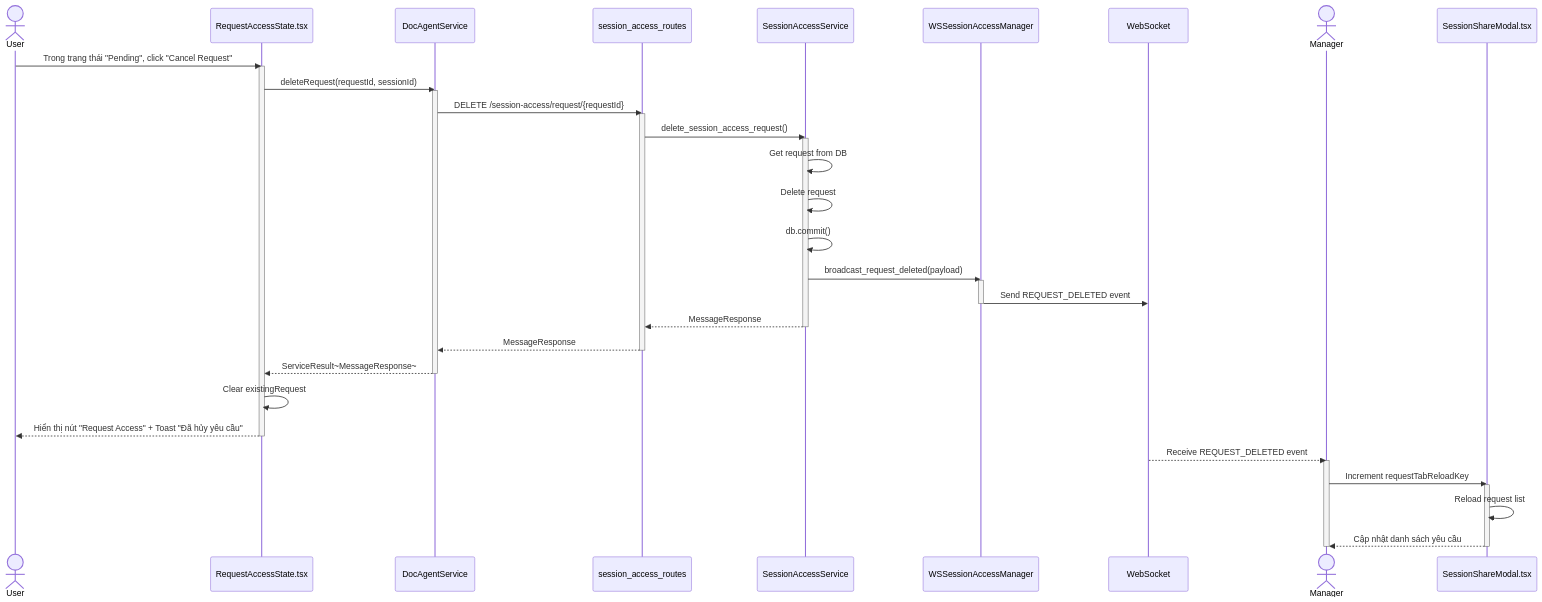
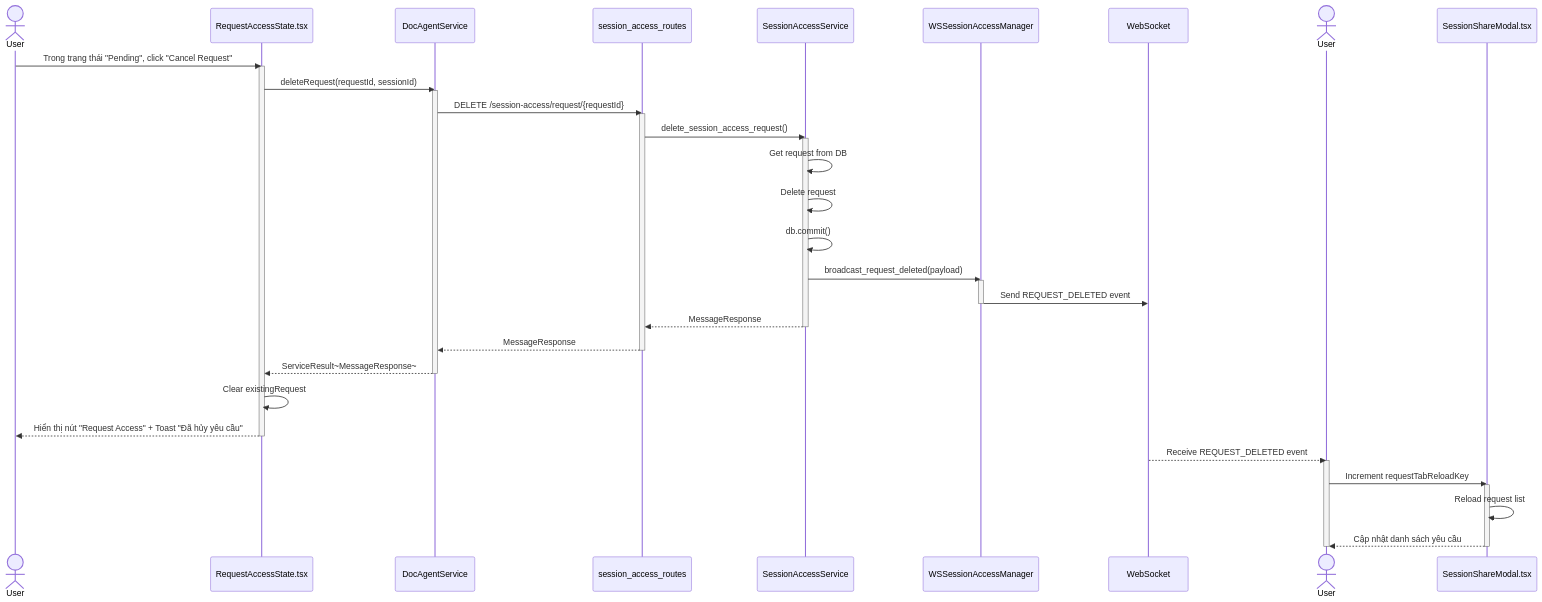
The seventh of 9 diagrams in session_access/4_session_access_seq.md (mduc-2610/gp_doc), drawn with Mermaid before and after one commit. The commit also changed other lines of this file and 10 other files, not shown here.

````diff
--- a/session_access/4_session_access_seq.md
+++ b/session_access/4_session_access_seq.md
@@ -404,51 +424,51 @@
 ```mermaid
 sequenceDiagram
-    actor User
+    actor User1 as User
     participant RequestAccessState as RequestAccessState.tsx
     participant DocAgentService as DocAgentService
     participant SessionAccessRoutes as session_access_routes
     participant SessionAccessService as SessionAccessService
     participant WSManager as WSSessionAccessManager
     participant WebSocket as WebSocket
-    actor Manager
+    actor User2 as User
     participant ShareModal as SessionShareModal.tsx
 
-    User->>RequestAccessState: Trong trạng thái "Pending", click "Cancel Request"
+    User1->>RequestAccessState: Trong trạng thái "Pending", click "Cancel Request"
     activate RequestAccessState
     
     RequestAccessState->>DocAgentService: deleteRequest(requestId, sessionId)
     activate DocAgentService
     DocAgentService->>SessionAccessRoutes: DELETE /session-access/request/{requestId}
     activate SessionAccessRoutes
     SessionAccessRoutes->>SessionAccessService: delete_session_access_request()
     activate SessionAccessService
     
     SessionAccessService->>SessionAccessService: Get request from DB
     SessionAccessService->>SessionAccessService: Delete request
     SessionAccessService->>SessionAccessService: db.commit()
     
     SessionAccessService->>WSManager: broadcast_request_deleted(payload)
     activate WSManager
     WSManager->>WebSocket: Send REQUEST_DELETED event
     deactivate WSManager
     
     SessionAccessService-->>SessionAccessRoutes: MessageResponse
     deactivate SessionAccessService
     SessionAccessRoutes-->>DocAgentService: MessageResponse
     deactivate SessionAccessRoutes
     DocAgentService-->>RequestAccessState: ServiceResult~MessageResponse~
     deactivate DocAgentService
     
     RequestAccessState->>RequestAccessState: Clear existingRequest
-    RequestAccessState-->>User: Hiển thị nút "Request Access" + Toast "Đã hủy yêu cầu"
+    RequestAccessState-->>User1: Hiển thị nút "Request Access" + Toast "Đã hủy yêu cầu"
     deactivate RequestAccessState
     
-    WebSocket-->>Manager: Receive REQUEST_DELETED event
-    activate Manager
-    Manager->>ShareModal: Increment requestTabReloadKey
+    WebSocket-->>User2: Receive REQUEST_DELETED event
+    activate User2
+    User2->>ShareModal: Increment requestTabReloadKey
     activate ShareModal
     ShareModal->>ShareModal: Reload request list
-    ShareModal-->>Manager: Cập nhật danh sách yêu cầu
+    ShareModal-->>User2: Cập nhật danh sách yêu cầu
     deactivate ShareModal
-    deactivate Manager
+    deactivate User2
 ```
````
